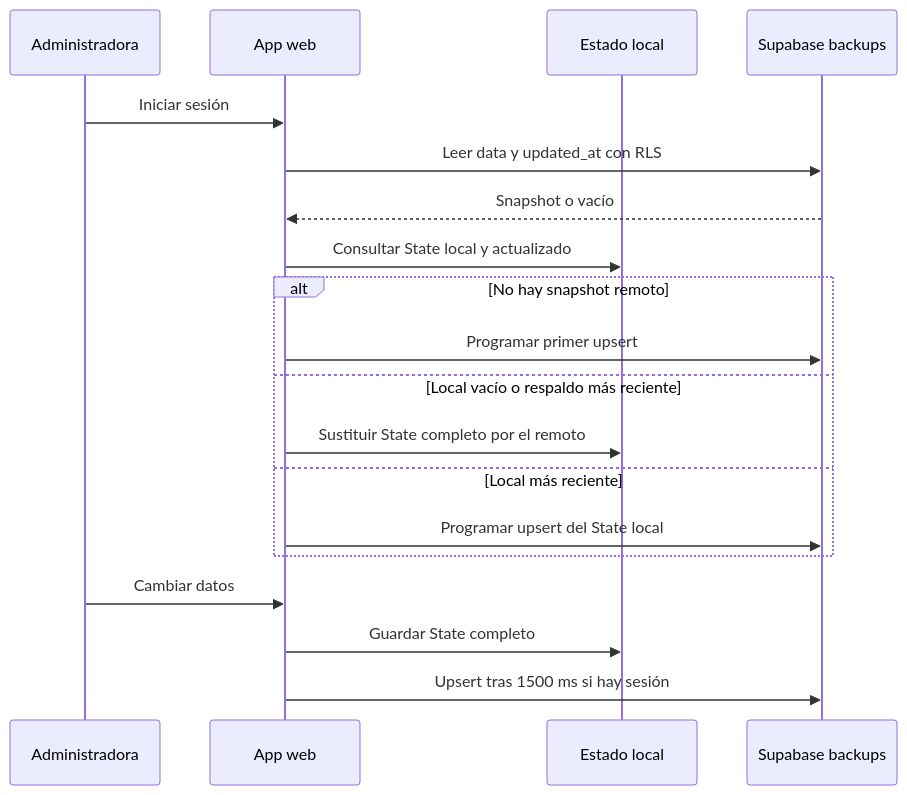
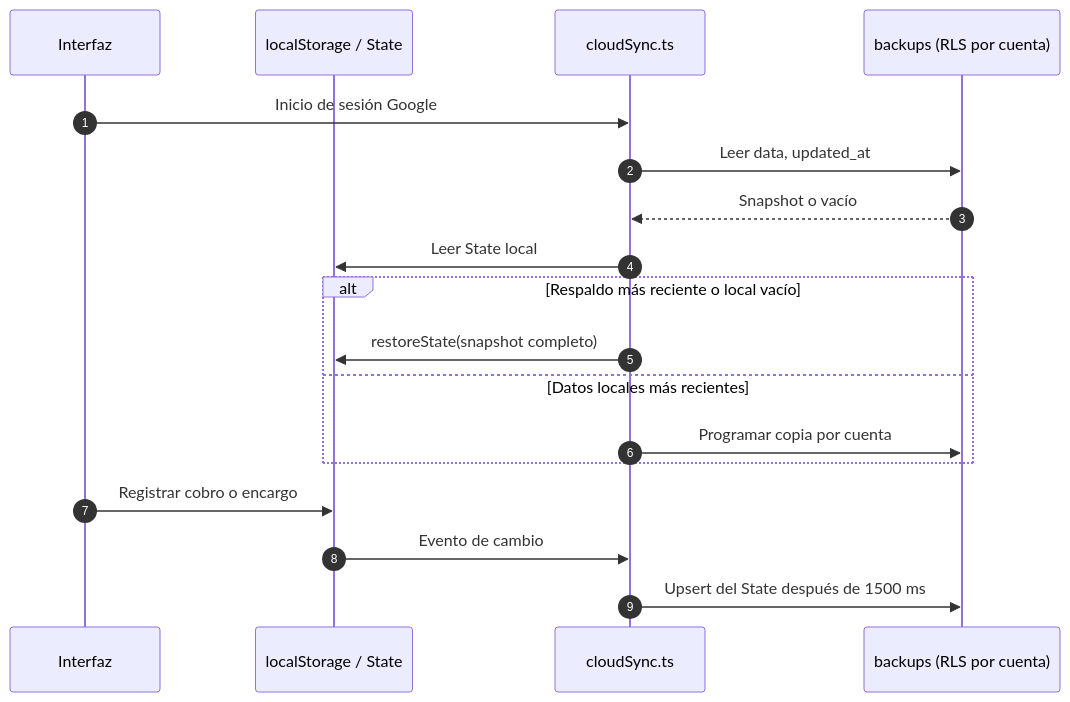
The third of 4 diagrams in docs/tecnica/03-persistencia-y-sincronizacion.md (NicoCG32/Bodega-PaMaRa), drawn with Mermaid before and after one commit. The commit also changed other lines of this file and 2 other files, not shown here.

````diff
--- a/docs/tecnica/03-persistencia-y-sincronizacion.md
+++ b/docs/tecnica/03-persistencia-y-sincronizacion.md
@@ -64,21 +91,20 @@
 ```mermaid
 sequenceDiagram
-  participant U as Administradora
-  participant UI as App web
-  participant L as Estado local
-  participant S as Supabase backups
-  U->>UI: Iniciar sesión
-  UI->>S: Leer data y updated_at con RLS
-  S-->>UI: Snapshot o vacío
-  UI->>L: Consultar State local y actualizado
-  alt No hay snapshot remoto
-    UI->>S: Programar primer upsert
-  else Local vacío o respaldo más reciente
-    UI->>L: Sustituir State completo por el remoto
-  else Local más reciente
-    UI->>S: Programar upsert del State local
-  end
-  U->>UI: Cambiar datos
-  UI->>L: Guardar State completo
-  UI->>S: Upsert tras 1500 ms si hay sesión
+    autonumber
+    participant UI as Interfaz
+    participant L as localStorage / State
+    participant S as cloudSync.ts
+    participant DB as backups (RLS por cuenta)
+    UI->>S: Inicio de sesión Google
+    S->>DB: Leer data, updated_at
+    DB-->>S: Snapshot o vacío
+    S->>L: Leer State local
+    alt Respaldo más reciente o local vacío
+      S->>L: restoreState(snapshot completo)
+    else Datos locales más recientes
+      S->>DB: Programar copia por cuenta
+    end
+    UI->>L: Registrar cobro o encargo
+    L->>S: Evento de cambio
+    S->>DB: Upsert del State después de 1500 ms
 ```
````
